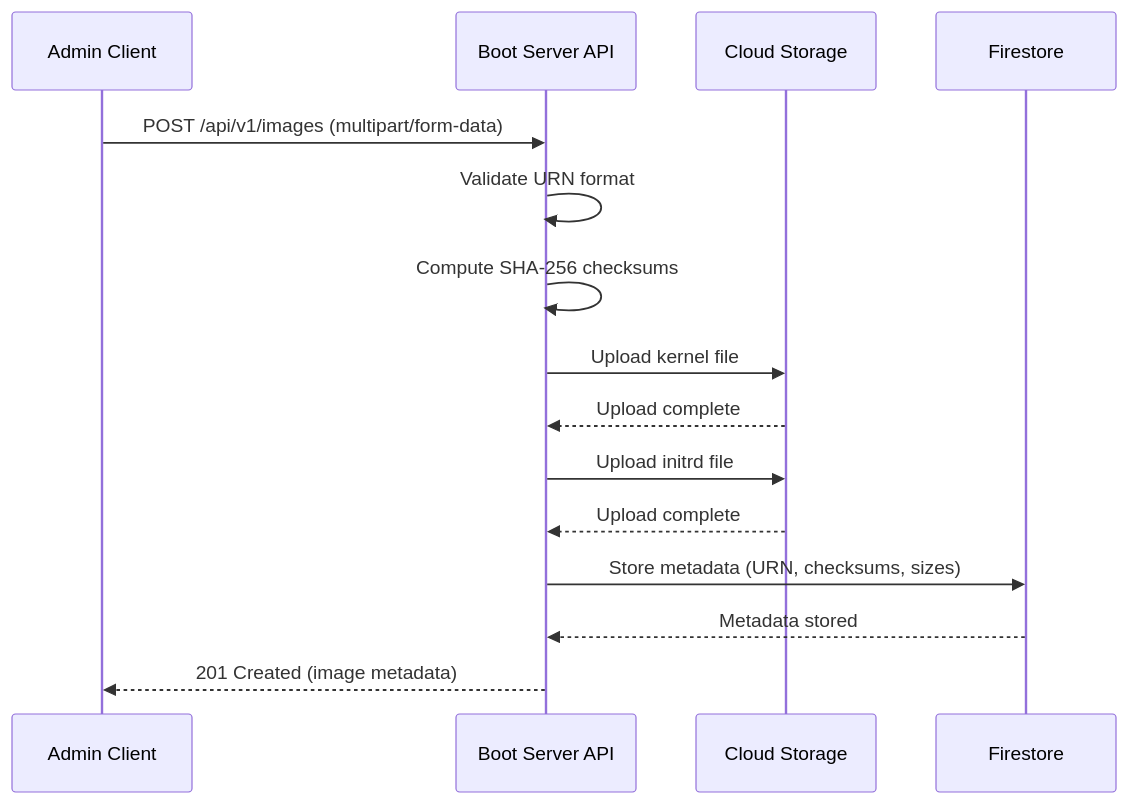
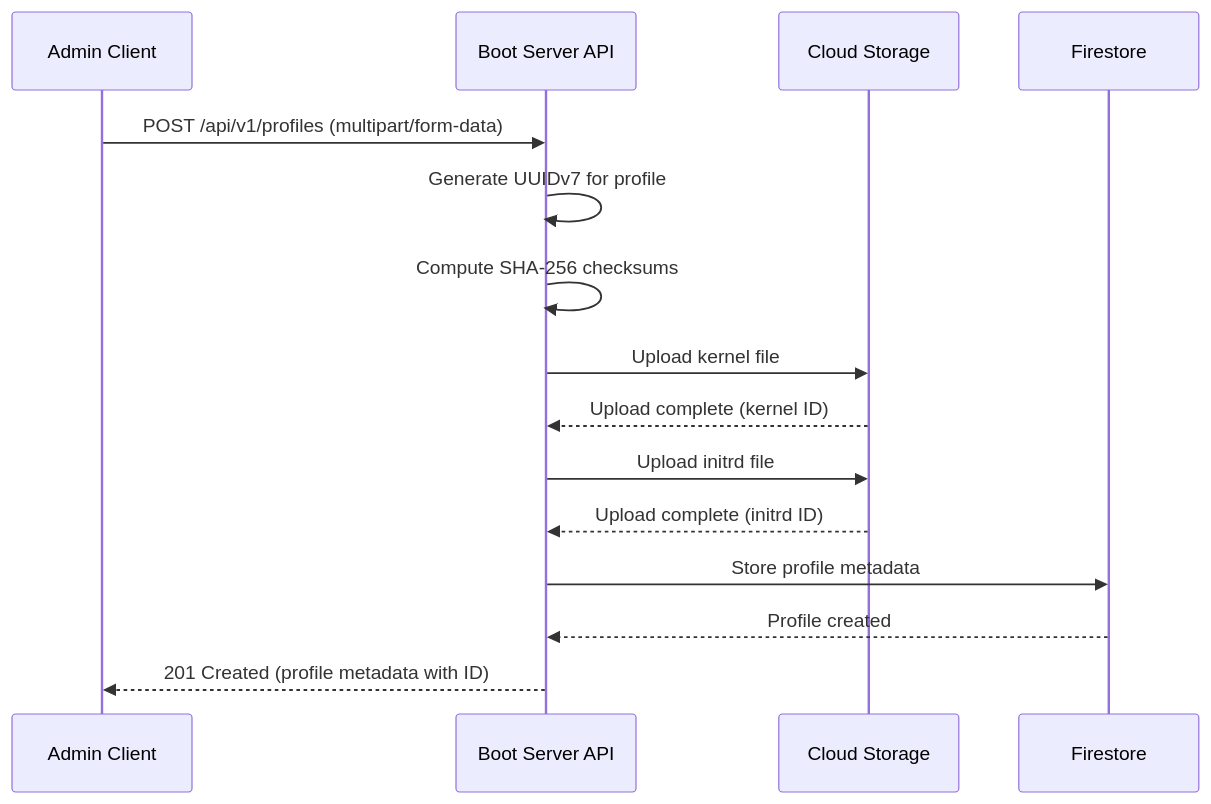
One commit to Zaba505/infra changed the first of 12 diagrams in docs/content/r&d/services/boot/admin-api.md. Above: the diagram before and after it, drawn with Mermaid. The commit also changed other lines of this file, not shown here.

Commit message:
docs(issue-605): simplify admin api

````diff
--- a/docs/content/r&d/services/boot/admin-api.md
+++ b/docs/content/r&d/services/boot/admin-api.md
@@ -18,18 +20,18 @@
 ```mermaid
 sequenceDiagram
     participant Client as Admin Client
     participant API as Boot Server API
     participant Storage as Cloud Storage
     participant DB as Firestore
     
-    Client->>API: POST /api/v1/images (multipart/form-data)
-    API->>API: Validate URN format
+    Client->>API: POST /api/v1/profiles (multipart/form-data)
+    API->>API: Generate UUIDv7 for profile
     API->>API: Compute SHA-256 checksums
     API->>Storage: Upload kernel file
-    Storage-->>API: Upload complete
+    Storage-->>API: Upload complete (kernel ID)
     API->>Storage: Upload initrd file
-    Storage-->>API: Upload complete
-    API->>DB: Store metadata (URN, checksums, sizes)
-    DB-->>API: Metadata stored
-    API-->>Client: 201 Created (image metadata)
+    Storage-->>API: Upload complete (initrd ID)
+    API->>DB: Store profile metadata
+    DB-->>API: Profile created
+    API-->>Client: 201 Created (profile metadata with ID)
 ```
````
